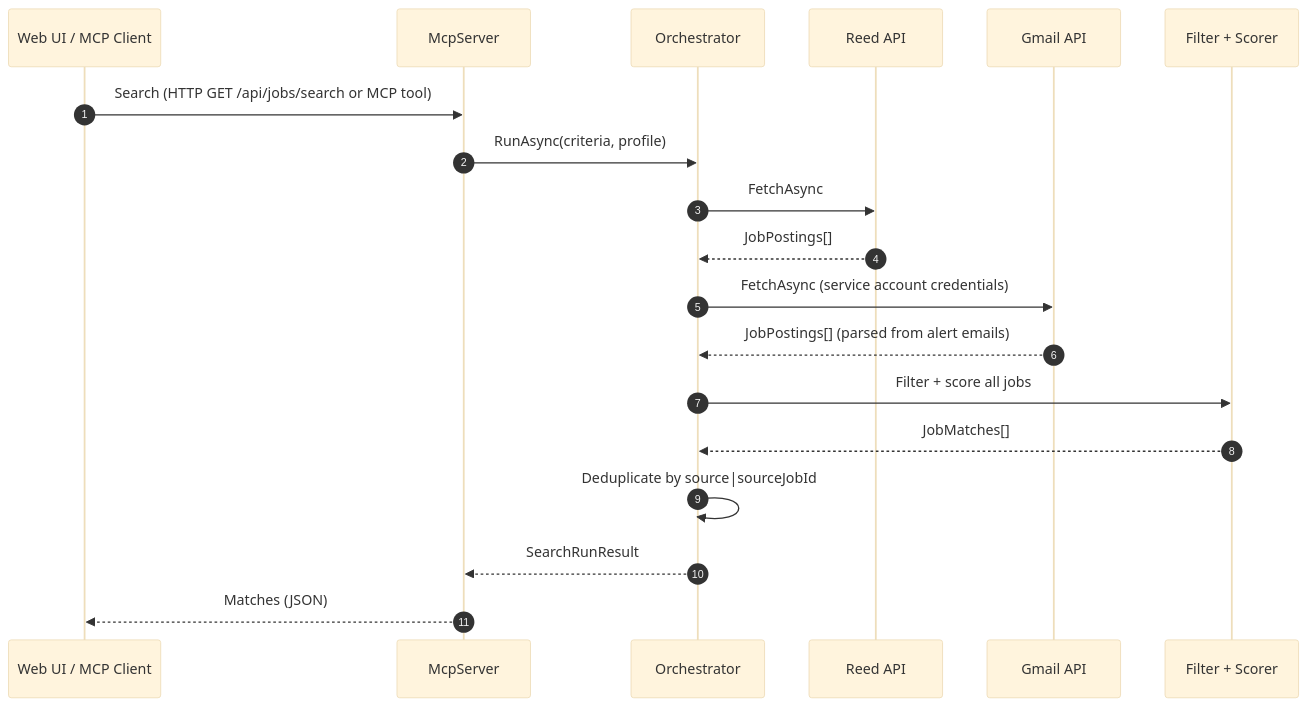
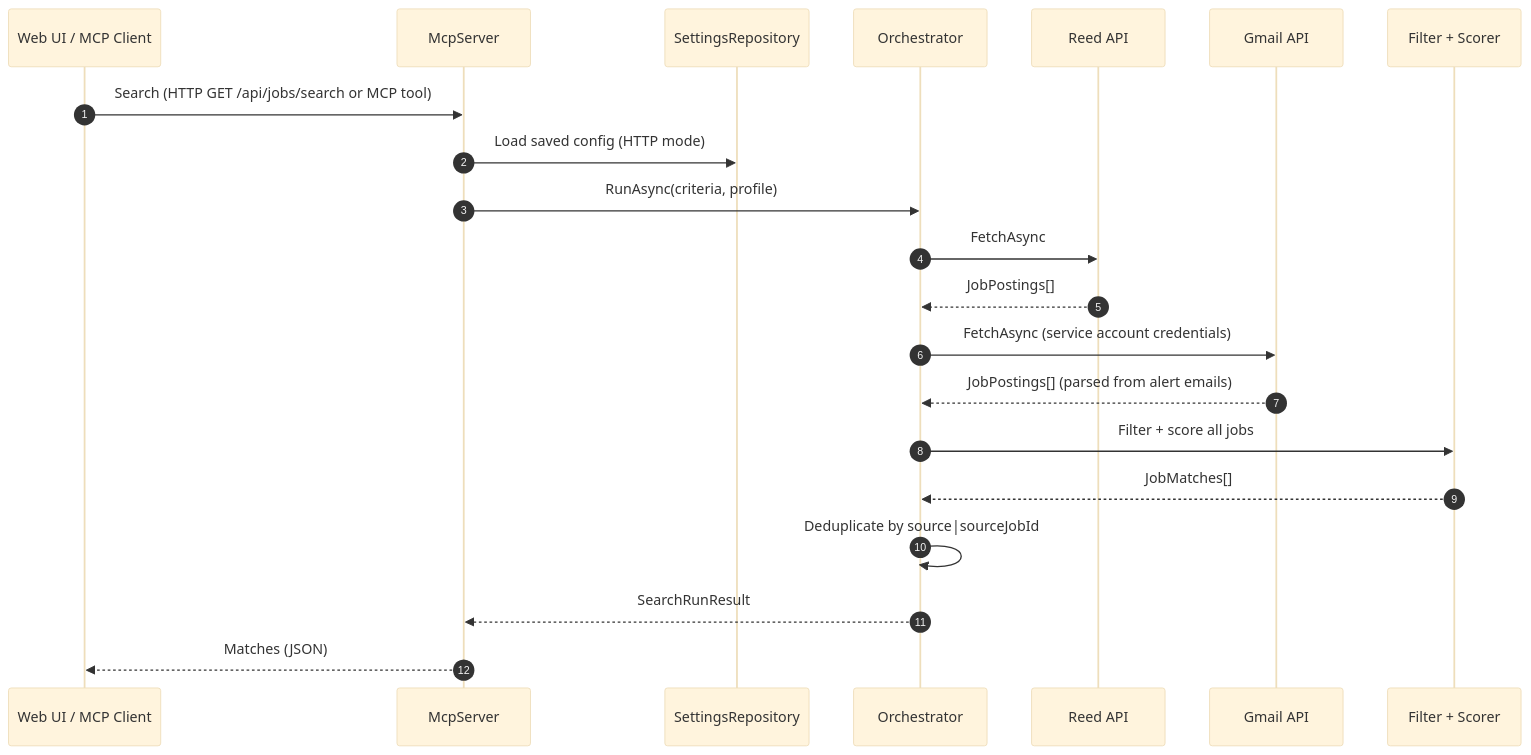
The fourth of 4 diagrams in README.md (ekanatha-urivakili/AiJobSearchAgent), drawn with Mermaid (base theme) before and after one commit. The commit also changed other lines of this file and 19 other files, not shown here.

````diff
--- a/README.md
+++ b/README.md
@@ -146,26 +162,28 @@
 ```mermaid
 sequenceDiagram
     autonumber
     participant Client as Web UI / MCP Client
     participant Server as McpServer
+    participant Settings as SettingsRepository
     participant Orchestrator
     participant Reed as Reed API
     participant Gmail as Gmail API
     participant Scorer as Filter + Scorer
 
     Client->>Server: Search (HTTP GET /api/jobs/search or MCP tool)
+    Server->>Settings: Load saved config (HTTP mode)
     Server->>Orchestrator: RunAsync(criteria, profile)
 
     Orchestrator->>Reed: FetchAsync
     Reed-->>Orchestrator: JobPostings[]
 
     Orchestrator->>Gmail: FetchAsync (service account credentials)
     Gmail-->>Orchestrator: JobPostings[] (parsed from alert emails)
 
     Orchestrator->>Scorer: Filter + score all jobs
     Scorer-->>Orchestrator: JobMatches[]
 
     Orchestrator->>Orchestrator: Deduplicate by source|sourceJobId
     Orchestrator-->>Server: SearchRunResult
     Server-->>Client: Matches (JSON)
 ```
````
